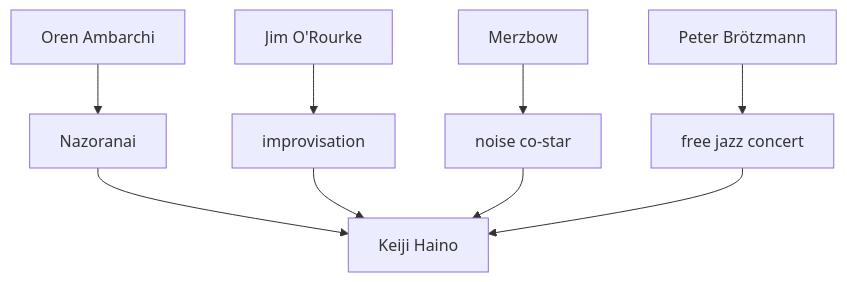
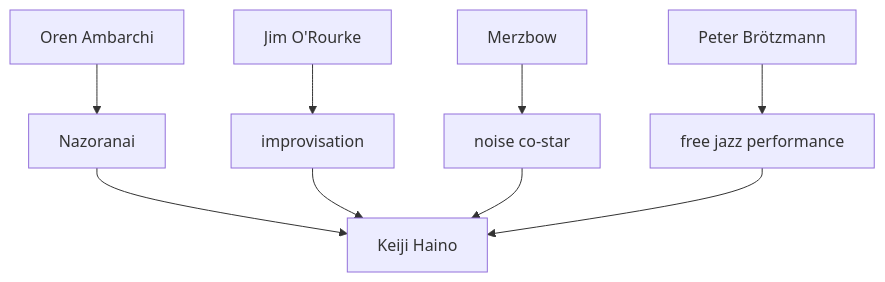
One commit to monumental-movement/monumental-movement.github.io changed the seventh of 9 diagrams in en/_posts/2026-03-06-column-keiji-haino.md. Above: the diagram before and after it, drawn with Mermaid. The commit also changed other lines of this file and 775 other files, not shown here.

```diff
--- a/en/_posts/2026-03-06-column-keiji-haino.md
+++ b/en/_posts/2026-03-06-column-keiji-haino.md
@@ -624,22 +624,22 @@
 <div class="mermaid">
 
 graph TD
 
 Haino[Keiji Haino]
 
 Oren[Oren Ambarchi]
 Jim[Jim O'Rourke]
 Merzbow[Merzbow]
 Peter[Peter Brötzmann]
 
 Oren --> Nazoranai[Nazoranai]
 Jim --> Improvisation[improvisation]
 Merzbow --> NoiseSession[noise co-star]
-Peter --> FreeJazz[free jazz concert]
+Peter --> FreeJazz[free jazz performance]
 
 Nazoranai --> Haino
 Improvisation --> Haino
 NoiseSession --> Haino
 FreeJazz --> Haino
 
 </div>
```
